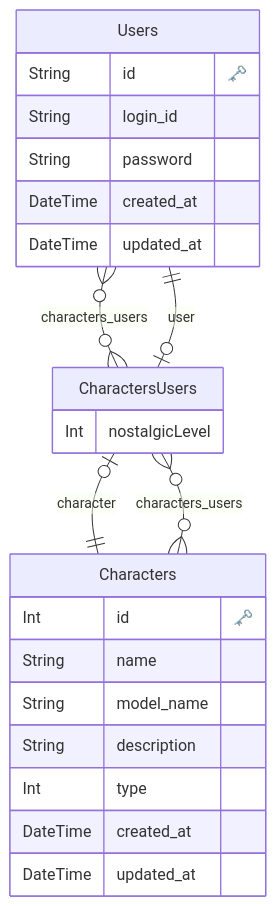
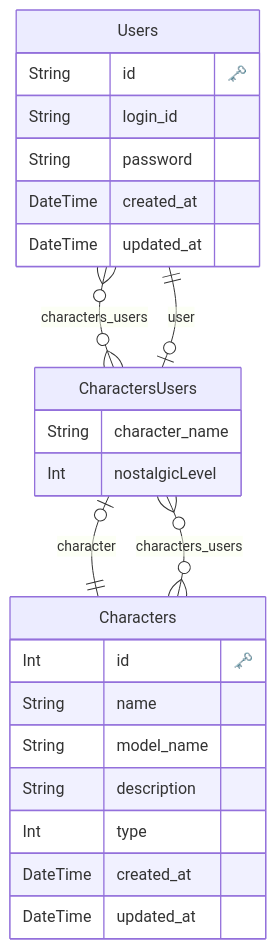
Before and after one commit to hal2024-HOLO-ME/holome-backend: the diagram in prisma/erd.md, drawn with Mermaid. The commit also changed 1 other file, not shown here.

Commit message:
add: characterNameをDBスキーマに追加

````diff
--- a/prisma/erd.md
+++ b/prisma/erd.md
@@ -1,32 +1,33 @@
 ```mermaid
 erDiagram
 
   "Users" {
     String id "🗝️"
     String login_id 
     String password 
     DateTime created_at 
     DateTime updated_at 
     }
   
 
   "Characters" {
     Int id "🗝️"
     String name 
     String model_name 
     String description 
     Int type 
     DateTime created_at 
     DateTime updated_at 
     }
   
 
   "CharactersUsers" {
+    String character_name 
     Int nostalgicLevel 
     }
   
     "Users" o{--}o "CharactersUsers" : "characters_users"
     "Characters" o{--}o "CharactersUsers" : "characters_users"
     "CharactersUsers" o|--|| "Users" : "user"
     "CharactersUsers" o|--|| "Characters" : "character"
 ```
````
